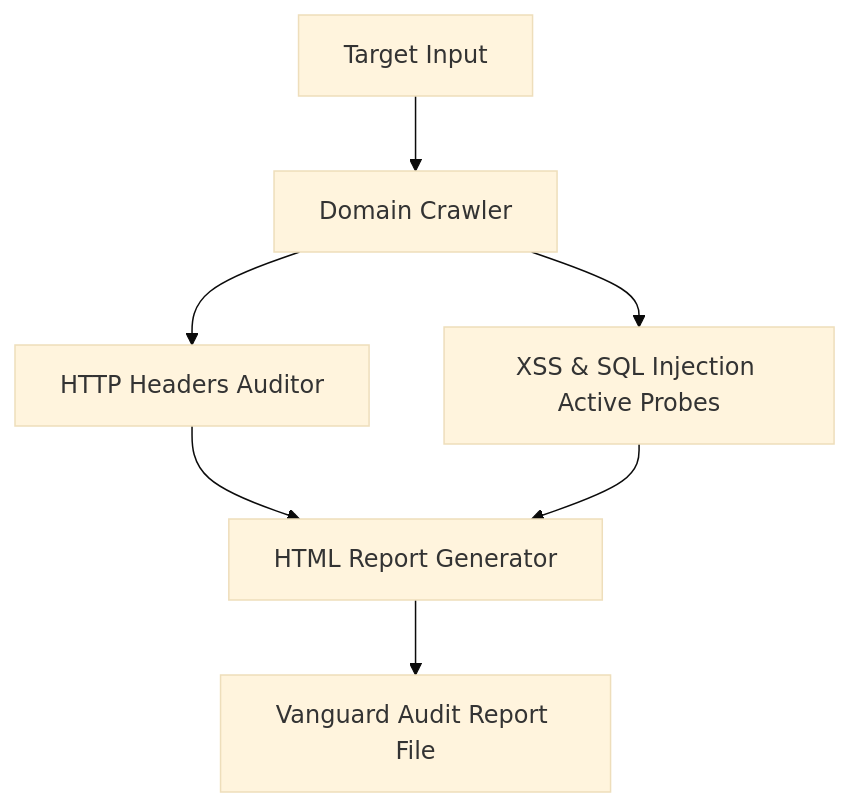
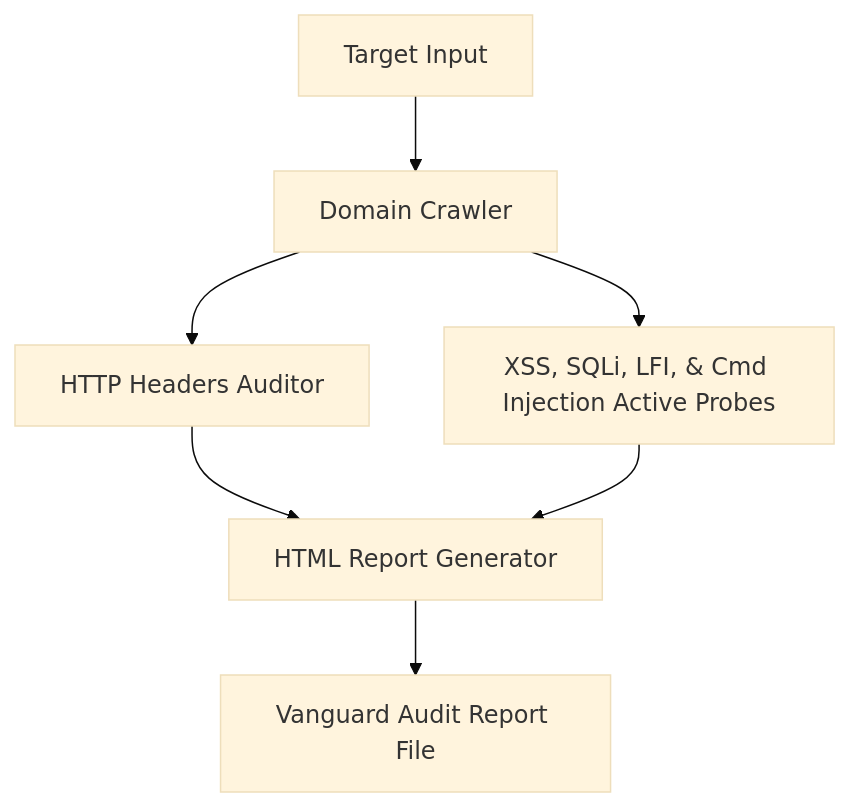
One commit to sudonishant/vanguard-scanner changed the diagram in SETUP_GUIDE.md. Above: the diagram before and after it, drawn with Mermaid (base theme). The commit also changed 2 other files, not shown here.

Commit message:
feat: add LFI and OS Command Injection detection probes

````diff
--- a/SETUP_GUIDE.md
+++ b/SETUP_GUIDE.md
@@ -13,9 +13,9 @@
 ```mermaid
 graph TD
     A[Target Input] --> B[Domain Crawler]
     B --> C[HTTP Headers Auditor]
-    B --> D[XSS & SQL Injection Active Probes]
+    B --> D["XSS, SQLi, LFI, & Cmd Injection Active Probes"]
     C --> E[HTML Report Generator]
     D --> E
     E --> F[Vanguard Audit Report File]
 ```
````
